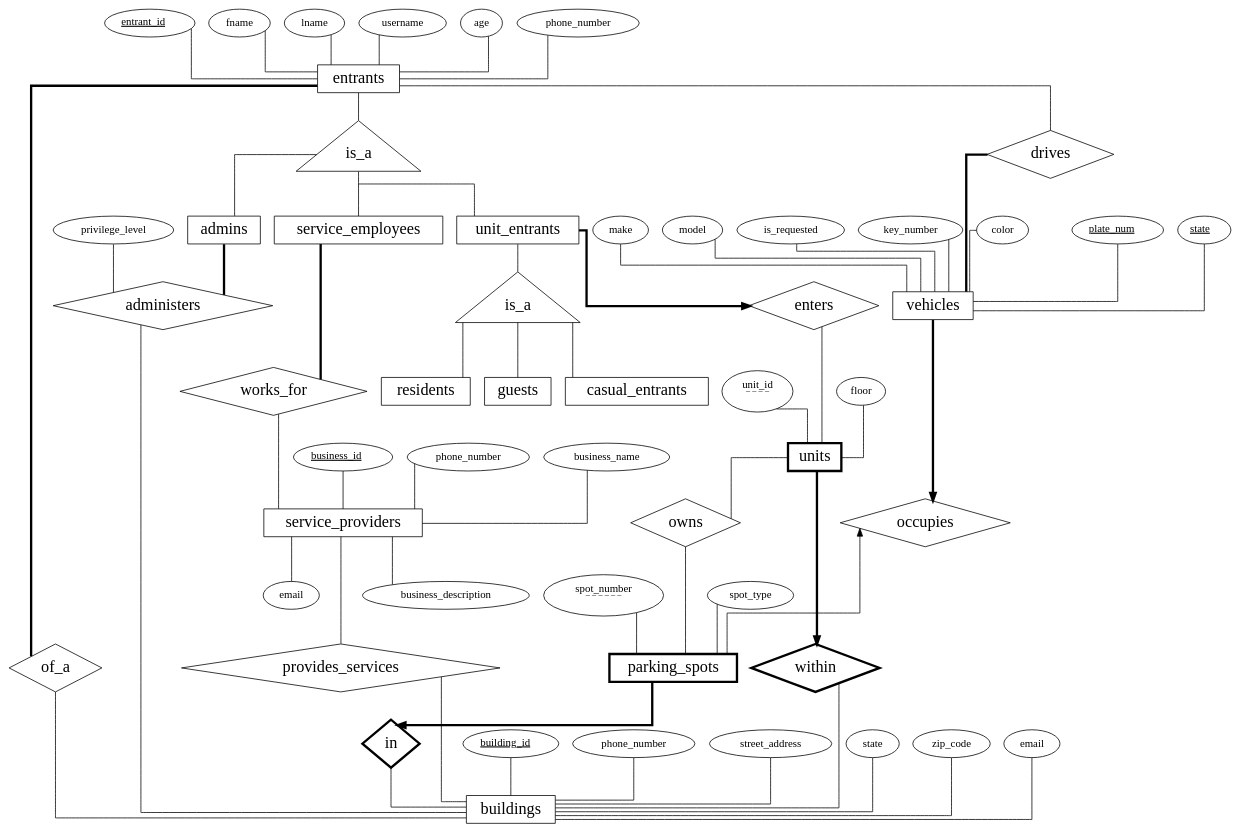
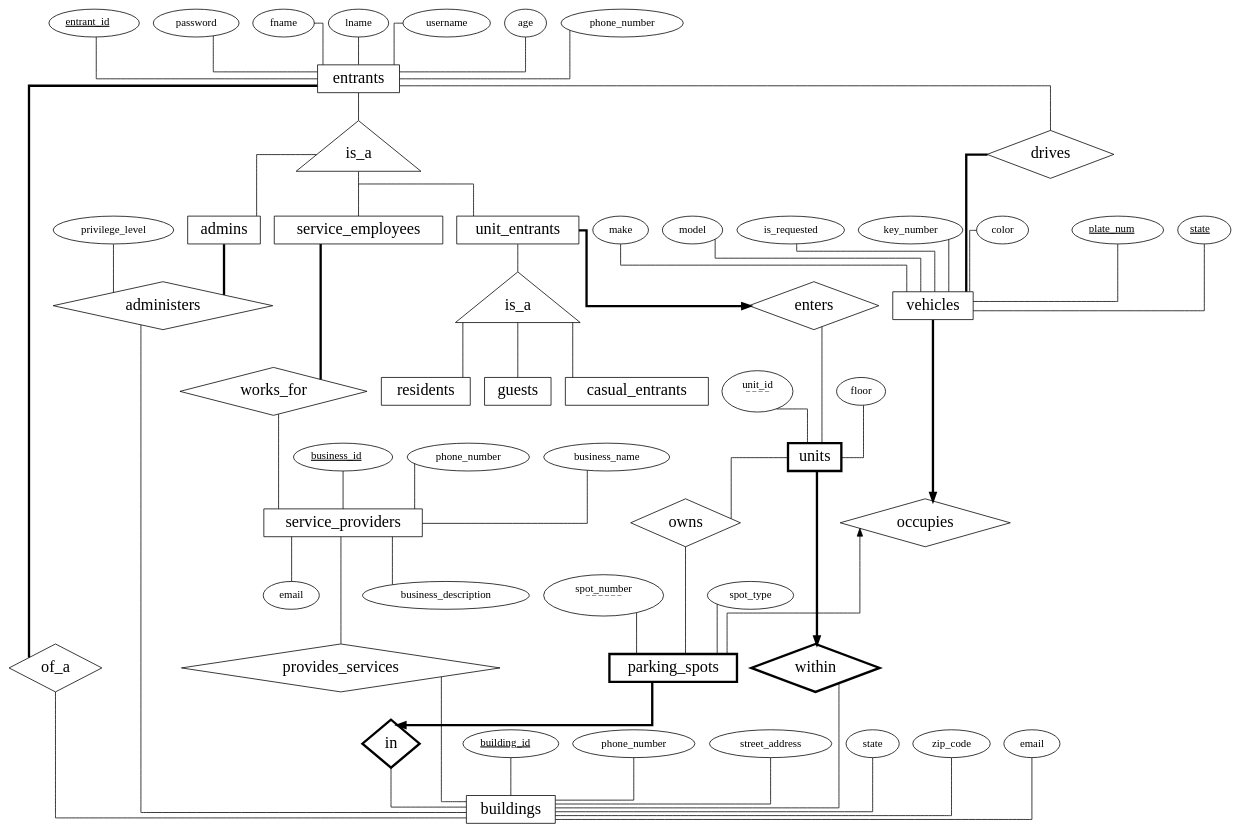
The diagram in er_diagram/er.dot (mgouzenko/-bms), drawn with Graphviz before and after one commit. The commit also changed 41 other files, not shown here.

```diff
--- a/er_diagram/er.dot
+++ b/er_diagram/er.dot
@@ -1,121 +1,122 @@
 digraph ERDiagram{
 	splines=ortho
 	{
 		node[fontsize=21]
 		{
 			node[shape=diamond]
 			owns
 			works_for
 			drives
 			occupies
 			of_a
 			enters
 			{
 				node[penwidth=3]
 				within
 				in
 			}
 			administers
 			provides_services
 		}
 
 		{
 			node[shape=rectangle]
 			{
 				node[penwidth=3]
 				units
 				parking_spots
 			}
 			unit_entrants
 			buildings
 			admins
 			entrants
 			vehicles
 			service_providers
 			service_employees
 			guests
 			casual_entrants
 			residents
 		}
 
 		{
 			node[shape=triangle]
 			{node[label=is_a] is_a1}
 			{node[label=is_a] is_a2}
 		}
 	}
 
 
 	{
 		edge[arrowtail=none, arrowhead=none]
 		{node[label=<<u>entrant_id</u>>]entrant_id}->entrants
+		password->entrants
 		fname->entrants
 		lname->entrants
 		username->entrants
 		age->entrants
 		{node[label=<<u>state</u>>]state}->vehicles
 		make->vehicles
 		model->vehicles
 		is_requested->vehicles
 		key_number->vehicles
 		color->vehicles
 		{node[label=<<u>plate_num</u>>]plate_num}->vehicles
 		{node[label="spot_number\n‾ ‾ ‾ ‾ ‾ ‾"] spot_number}->parking_spots
 		{node[label="unit_id\n‾ ‾ ‾ ‾"]unit_id}->units
 		floor->units
 		{node[label=<<u>building_id</u>>]building_id}->buildings
 		{node[label=phone_number] phone_number}->buildings
 		street_address->buildings
 		{node[label=state]state2}->buildings
 		zip_code->buildings
 		{node[label=email] email2}->buildings
 		business_name->service_providers
 		service_providers->business_description
 		{node[label=<<u>business_id</u>>]business_id}->service_providers
 		{node[label=phone_number] phone_number2}->service_providers
 		service_providers->email
 
 		{node[label=phone_number] phone_number3}->entrants
 		entrants->drives
 		entrants->is_a1->{rank=same; admins, unit_entrants, service_employees}
 		unit_entrants->is_a2->{rank=same; guests, casual_entrants, residents}
 		enters->units
 		units->owns->parking_spots
 		spot_type->parking_spots
 		within->buildings
 		administers->buildings
 		privilege_level->administers
 		service_providers->provides_services->buildings
 		works_for->service_providers
 		of_a->buildings
 		in->buildings
 	}
 
 	{
 		edge[arrowhead=none, arrowtail=normal, dir=back]
 		occupies->parking_spots
 	}
 	{
 		edge[penwidth=3]
 		parking_spots->in
 		units->within
 		unit_entrants->enters
 		vehicles->occupies
 		{
 			edge[arrowhead=none]
 			entrants->of_a
 			admins->administers
 			service_employees->works_for
 			drives->vehicles
 		}
 	}
 
 	{
 		edge[style=invis]
 		drives->state
 		works_for->business_id
 		guests->business_id
 		enters->floor
 		owns->spot_number
 	}
 }
```
